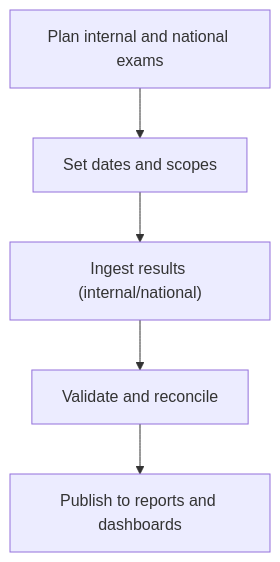
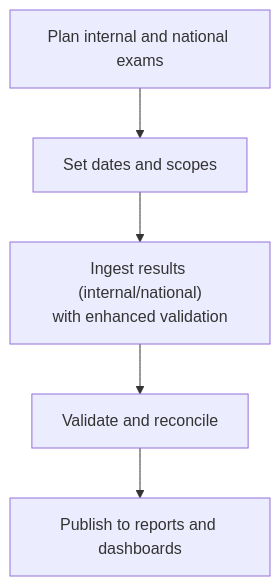
One commit to franckylab/eLISAschool changed the seventh of 8 diagrams in .qoder/repowiki/en/content/Academic Management System/Grade & Evaluation System/Grade & Evaluation System.md. Above: the diagram before and after it, drawn with Mermaid. The commit also changed other lines of this file and 21 other files, not shown here.

````diff
--- a/.qoder/repowiki/en/content/Academic Management System/Grade & Evaluation System/Grade & Evaluation System.md
+++ b/.qoder/repowiki/en/content/Academic Management System/Grade & Evaluation System/Grade & Evaluation System.md
@@ -267,7 +279,7 @@
 ```mermaid
 flowchart TD
 Plan["Plan internal and national exams"] --> Schedule["Set dates and scopes"]
-Schedule --> Ingest["Ingest results (internal/national)"]
+Schedule --> Ingest["Ingest results (internal/national)<br/>with enhanced validation"]
 Ingest --> Validate["Validate and reconcile"]
 Validate --> Publish["Publish to reports and dashboards"]
 ```
````
